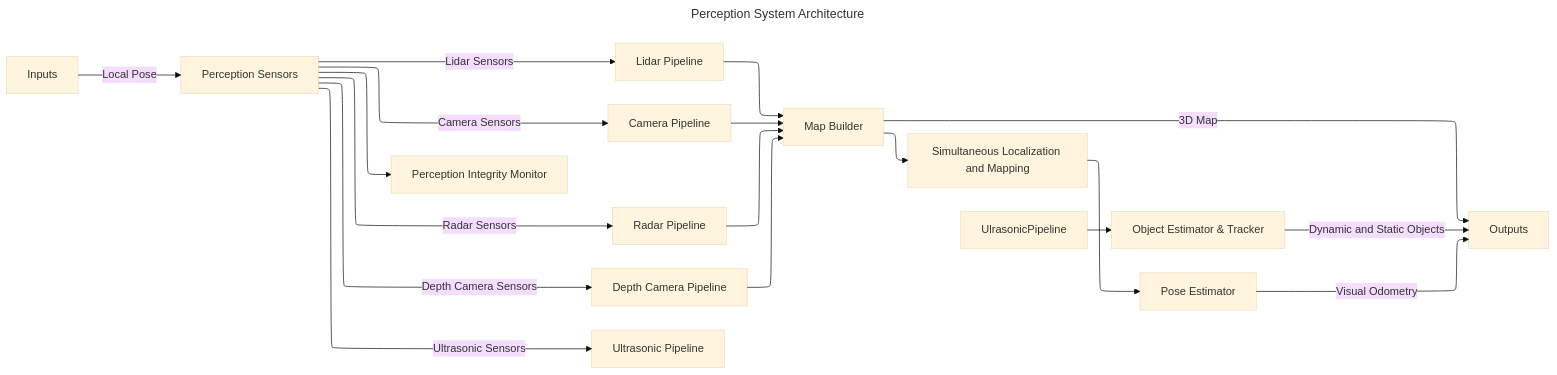
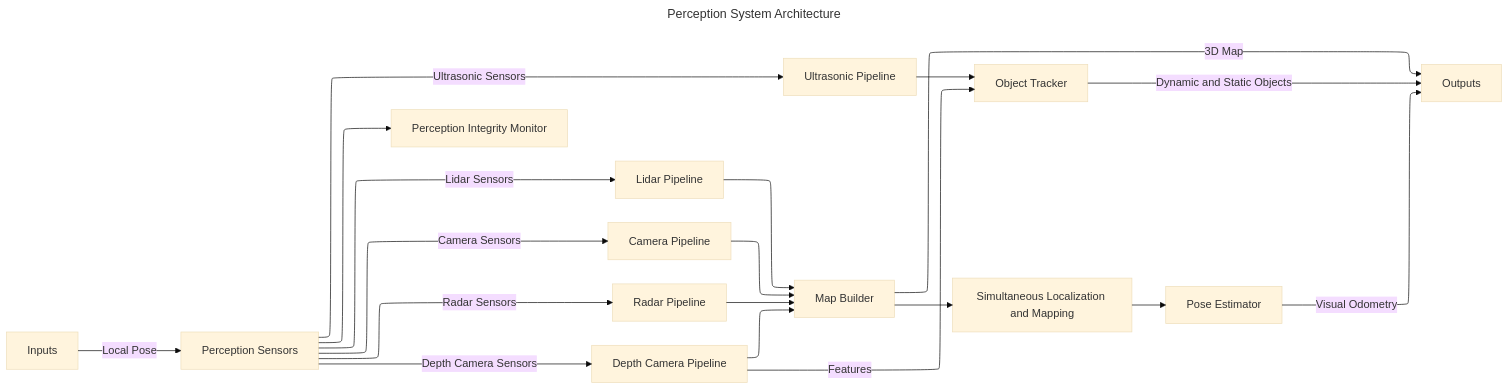
The diagram in Systems/Perception/doc/mermaid/PerceptionSystemArchitecture.mmd (fastrobotics/robot_framework), drawn with Mermaid before and after one commit. The commit also changed 1 other file, not shown here.

```diff
--- a/Systems/Perception/doc/mermaid/PerceptionSystemArchitecture.mmd
+++ b/Systems/Perception/doc/mermaid/PerceptionSystemArchitecture.mmd
@@ -1,75 +1,76 @@
 ---
 # @compare_tag System-MermaidArchitecture v0.1
 config:
   layout: elk
   theme: base
   themeCSS: |
     .node rect { fill: rgba(30, 30, 46, 0.16) !important; stroke: #000000 !important; }
     .label { fill: #000000 !important; }
 
     .cssBoundary rect { fill: #ffffff !important; stroke: #000000 !important; }
     .cssBoundary .label { fill: #000000 !important; }
 
     .cssInvestigating rect { fill: #ffff00 !important; stroke: #000000 !important; }
     .cssInvestigating .label { fill: #000000 !important; }
 
     .cssDeveloping rect { fill: #ffab00 !important; stroke: #000000 !important; }
     .cssDeveloping .label { fill: #000000 !important; }
 
     .cssTrivialComplete rect { fill: #ffc0cb !important; stroke: #000000 !important; }
     .cssTrivialComplete .label { fill: #000000 !important; }
 
     .cssMinimalComplete rect { fill: #00ff00 !important; stroke: #000000 !important; }
     .cssMinimalComplete .label { fill: #000000 !important; }
 
     .cssFullyComplete rect { fill: #00ffff !important; stroke: #000000 !important; }
     .cssFullyComplete .label { fill: #000000 !important; }
 
     .cssSkipped rect { fill: #ff0000 !important; stroke: #000000 !important; }
     .cssSkipped .label { fill: #000000 !important; }
 
 title: Perception System Architecture
 ---
 graph LR
     Inputs
     PerceptionSensors[Perception Sensors]
     LidarPipeline[Lidar Pipeline]
     CameraPipeline[Camera Pipeline]
     RadarPipeline[Radar Pipeline]
     DepthCameraPipeline[Depth Camera Pipeline]
     UltrasonicPipeline[Ultrasonic Pipeline]
 
-    ObjectEstimatorTracker[Object Estimator & Tracker]
+    ObjectTracker[Object Tracker]
     PoseEstimator[Pose Estimator]
     SLAM[Simultaneous Localization and Mapping]
 
     MapBuilder[Map Builder]
     PerceptionIntegrityMonitor[Perception Integrity Monitor]
 
     Outputs
 
     Inputs --> |Local Pose| PerceptionSensors
 
     PerceptionSensors --> | Lidar Sensors | LidarPipeline
     PerceptionSensors --> | Camera Sensors | CameraPipeline
     PerceptionSensors --> | Radar Sensors | RadarPipeline
     PerceptionSensors --> | Depth Camera Sensors | DepthCameraPipeline
     PerceptionSensors --> | Ultrasonic Sensors | UltrasonicPipeline
     PerceptionSensors --> PerceptionIntegrityMonitor
 
     LidarPipeline --> MapBuilder
     CameraPipeline --> MapBuilder
     RadarPipeline --> MapBuilder
     DepthCameraPipeline --> MapBuilder
     MapBuilder --> SLAM
     SLAM --> PoseEstimator
     
-    UlrasonicPipeline --> ObjectEstimatorTracker
-    ObjectEstimatorTracker --> | Dynamic and Static Objects | Outputs
+    DepthCameraPipeline --> | Features | ObjectTracker
+    UltrasonicPipeline --> ObjectTracker
+    ObjectTracker --> | Dynamic and Static Objects | Outputs
 
     PoseEstimator --> | Visual Odometry | Outputs
     MapBuilder --> | 3D Map | Outputs
 
   
 
     class Inputs,Outputs cssBoundary
```
